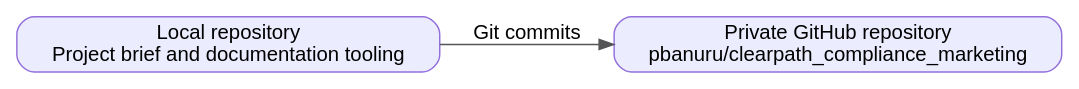
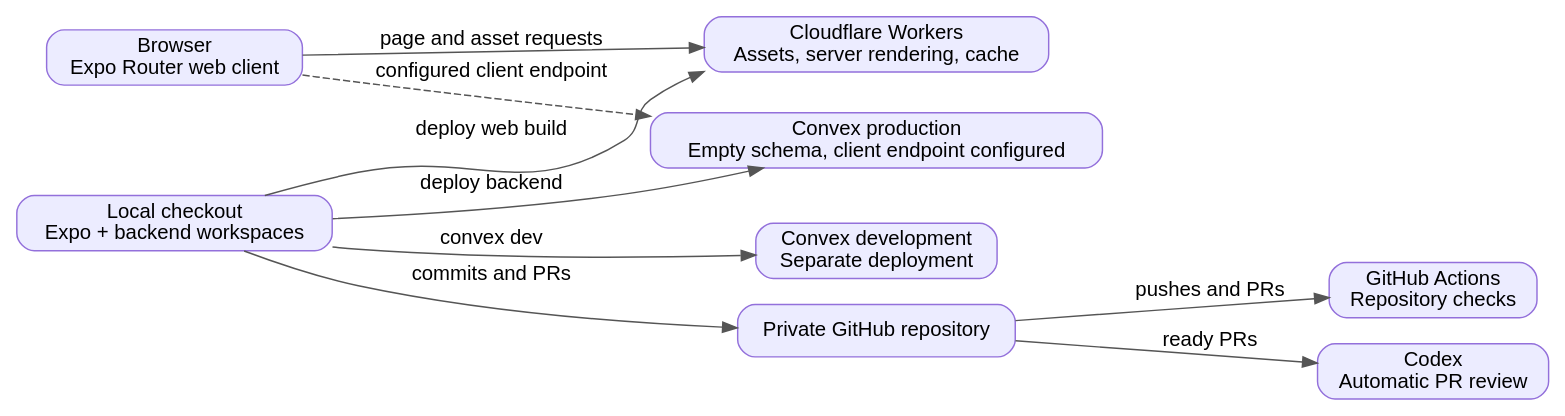
Before and after one commit to pbanuru/clearpath_compliance_marketing: the diagram in docs/architecture.dot, drawn with Graphviz. The commit also changed 69 other files, not shown here.

Commit message:
Deploy Expo web and production Convex on Cloudflare

```diff
--- a/docs/architecture.dot
+++ b/docs/architecture.dot
@@ -1,8 +1,21 @@
 digraph clearpath {
-  rankdir=LR; bgcolor="white"; fontname="Helvetica";
+  rankdir=LR; compound=true; bgcolor="white"; fontname="Helvetica";
   node [shape=box, style="rounded,filled", fillcolor="#ECECFF", color="#9370DB", fontname="Helvetica"];
   edge [fontname="Helvetica", color="#555555"];
-  local [label="Local repository\nProject brief and documentation tooling"];
-  github [label="Private GitHub repository\npbanuru/clearpath_compliance_marketing"];
-  local -> github [label="Git commits"];
+  browser [label="Browser\nExpo Router web client"];
+  cloudflare [label="Cloudflare Workers\nAssets, server rendering, cache"];
+  convex [label="Convex production\nEmpty schema, client endpoint configured"];
+  dev [label="Convex development\nSeparate deployment"];
+  local [label="Local checkout\nExpo + backend workspaces"];
+  github [label="Private GitHub repository"];
+  ci [label="GitHub Actions\nRepository checks"];
+  codex [label="Codex\nAutomatic PR review"];
+  browser -> cloudflare [label="page and asset requests"];
+  browser -> convex [style=dashed, label="configured client endpoint"];
+  local -> dev [label="convex dev"];
+  local -> convex [label="deploy backend"];
+  local -> cloudflare [label="deploy web build"];
+  local -> github [label="commits and PRs"];
+  github -> ci [label="pushes and PRs"];
+  github -> codex [label="ready PRs"];
 }
```
